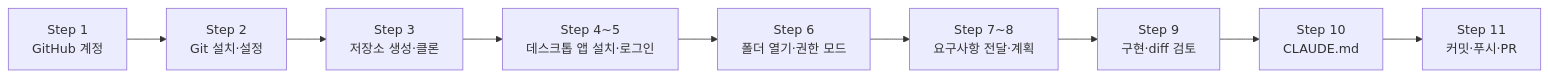
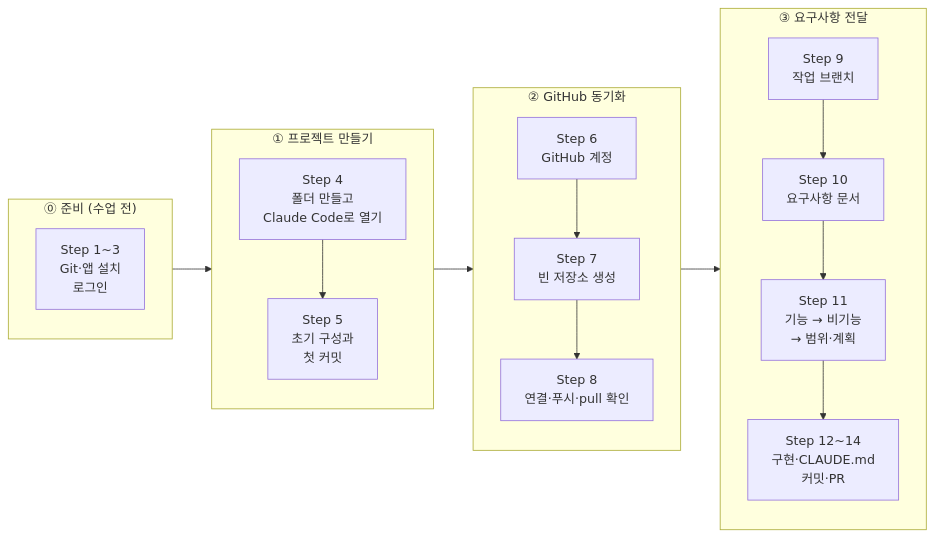
One commit to lucky-sugar-park/claude-edu changed diagram 12 of 14 in sessions/session-02-hands-on-kickoff.md. Above: the diagram before and after it, drawn with Mermaid. The commit also changed other lines of this file, not shown here.

First line of the commit message:
2회차 따라하기 재구성: 프로젝트 생성 → GitHub 동기화 → 요구사항 전달(기능 → 비기능 → 범위) 순서

````diff
--- a/sessions/session-02-hands-on-kickoff.md
+++ b/sessions/session-02-hands-on-kickoff.md
@@ -638,11 +638,17 @@
 ```mermaid
 flowchart LR
-    A["Step 1<br/>GitHub 계정"] --> B["Step 2<br/>Git 설치·설정"]
-    B --> C["Step 3<br/>저장소 생성·클론"]
-    C --> D["Step 4~5<br/>데스크톱 앱 설치·로그인"]
-    D --> E["Step 6<br/>폴더 열기·권한 모드"]
-    E --> F["Step 7~8<br/>요구사항 전달·계획"]
-    F --> G["Step 9<br/>구현·diff 검토"]
-    G --> H["Step 10<br/>CLAUDE.md"]
-    H --> I["Step 11<br/>커밋·푸시·PR"]
+    subgraph P0["⓪ 준비 (수업 전)"]
+        S1["Step 1~3<br/>Git·앱 설치<br/>로그인"]
+    end
+    subgraph P1["① 프로젝트 만들기"]
+        S4["Step 4<br/>폴더 만들고<br/>Claude Code로 열기"] --> S5["Step 5<br/>초기 구성과<br/>첫 커밋"]
+    end
+    subgraph P2["② GitHub 동기화"]
+        S6["Step 6<br/>GitHub 계정"] --> S7["Step 7<br/>빈 저장소 생성"] --> S8["Step 8<br/>연결·푸시·pull 확인"]
+    end
+    subgraph P3["③ 요구사항 전달"]
+        S9["Step 9<br/>작업 브랜치"] --> S10["Step 10<br/>요구사항 문서"] --> S11["Step 11<br/>기능 → 비기능<br/>→ 범위·계획"]
+        S11 --> S12["Step 12~14<br/>구현·CLAUDE.md<br/>커밋·PR"]
+    end
+    P0 --> P1 --> P2 --> P3
 ```
````
